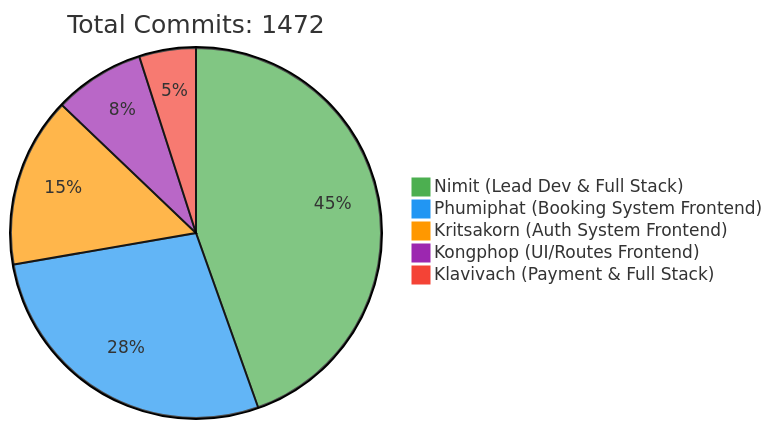
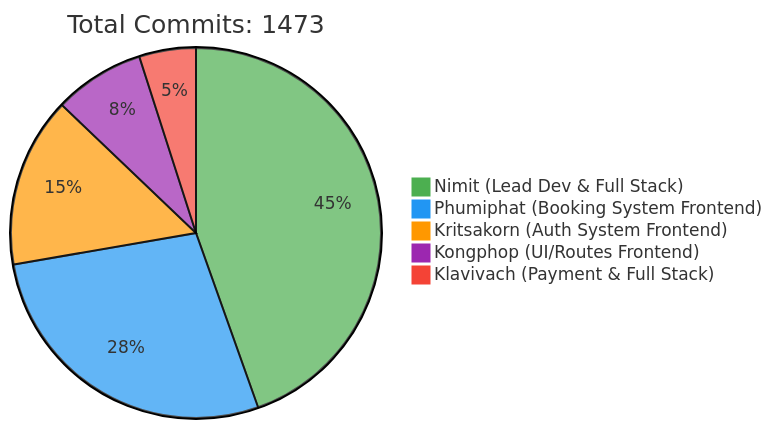
Before and after one commit to 6531503042/Sport-Complex: the first of 2 diagrams in README.md, drawn with Mermaid. The commit also changed other lines of this file, not shown here.

Commit message:
docs: Update contributor statistics [skip ci]

````diff
--- a/README.md
+++ b/README.md
@@ -257,10 +257,10 @@
 ```mermaid
 %%{init: {'theme': 'base', 'themeVariables': { 'pie1': '#4CAF50', 'pie2': '#2196F3', 'pie3': '#FF9800', 'pie4': '#9C27B0', 'pie5': '#F44336'}}}%%
 pie
-    title Total Commits: 1472
+    title Total Commits: 1473
     "Nimit (Lead Dev & Full Stack)" : 450
     "Phumiphat (Booking System Frontend)" : 280
     "Kritsakorn (Auth System Frontend)" : 150
     "Kongphop (UI/Routes Frontend)" : 80
     "Klavivach (Payment & Full Stack)" : 50
 ```
````
